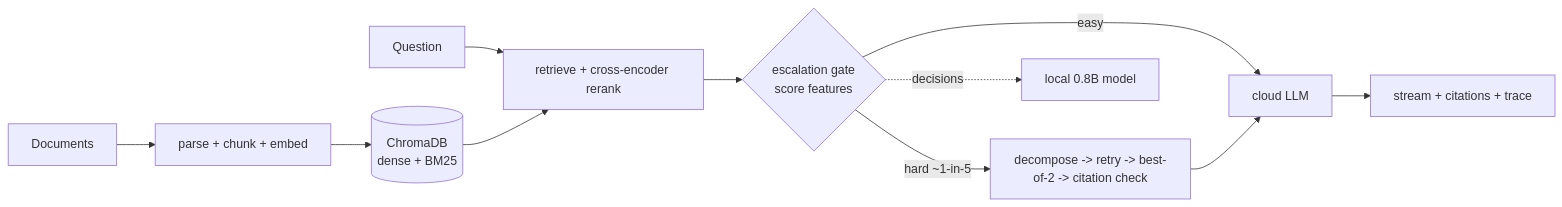
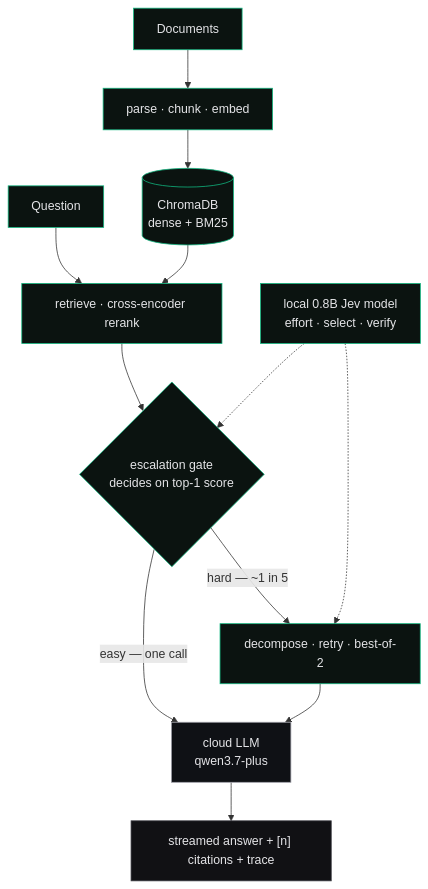
The diagram in README.md (kanishka-namdeo/jev-rag), drawn with Mermaid before and after one commit. The commit also changed 18 other files, not shown here.

````diff
--- a/README.md
+++ b/README.md
@@ -82,12 +82,21 @@
 ```mermaid
-flowchart LR
-    D[Documents] --> P[parse + chunk + embed]
-    P --> V[(ChromaDB<br/>dense + BM25)]
-    Q[Question] --> R[retrieve + cross-encoder rerank]
+flowchart TD
+    D["Documents"] --> P["parse · chunk · embed"]
+    P --> V[("ChromaDB<br/>dense + BM25")]
+    Q["Question"] --> R["retrieve · cross-encoder rerank"]
     V --> R
-    R --> F{escalation gate<br/>score features}
-    F -->|easy| T[cloud LLM]
-    F -->|hard ~1-in-5| H[decompose -> retry -> best-of-2 -> citation check] --> T
-    T --> S[stream + citations + trace]
-    F -.decisions.-> J[local 0.8B model]
+    R --> F{"escalation gate<br/>decides on top-1 score"}
+    F -->|"easy — one call"| L["cloud LLM<br/>qwen3.7-plus"]
+    F -->|"hard — ~1 in 5"| H["decompose · retry · best-of-2"]
+    H --> L
+    L --> S["streamed answer + [n] citations + trace"]
+    J["local 0.8B Jev model<br/>effort · select · verify"] -.-> F
+    J -.-> H
+
+    classDef local fill:#0b1310,stroke:#10b981,color:#e4e4e7
+    classDef neutral fill:#111114,stroke:#3f3f46,color:#e4e4e7
+    classDef cloud fill:#0f1115,stroke:#a1a1aa,color:#e4e4e7
+    class D,P,V,Q,R,F,H,J local
+    class S neutral
+    class L cloud
 ```
````
